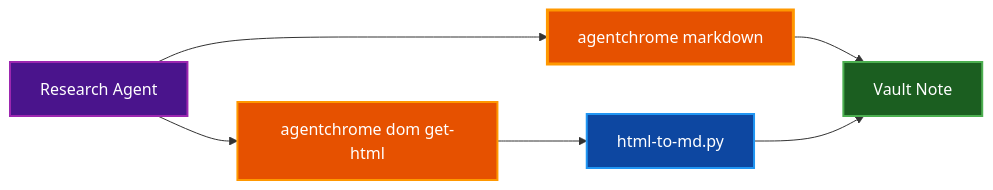
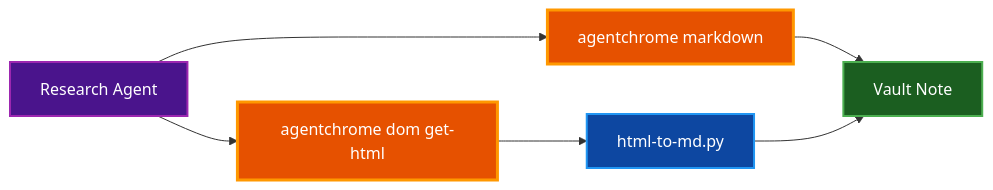
One commit to paulrobello/parsidion changed the diagram in docs/AGENTCHROME.md. Above: the diagram before and after it, drawn with Mermaid. The commit also changed other lines of this file and 10 other files, not shown here.

````diff
--- a/docs/AGENTCHROME.md
+++ b/docs/AGENTCHROME.md
@@ -32,20 +32,25 @@
 ```mermaid
 graph LR
     Agent[Research Agent]
     MD[agentchrome markdown]
     AC[agentchrome dom get-html]
     H2M[html-to-md.py]
     Vault[Vault Note]
 
     Agent --> MD
     MD --> Vault
     Agent --> AC
     AC --> H2M
     H2M --> Vault
 
-    style Agent fill:#4a148c,stroke:#9c27b0,stroke-width:2px,color:#ffffff
-    style MD fill:#e65100,stroke:#ff9800,stroke-width:3px,color:#ffffff
-    style AC fill:#e65100,stroke:#ff9800,stroke-width:2px,color:#ffffff
-    style H2M fill:#0d47a1,stroke:#2196f3,stroke-width:2px,color:#ffffff
-    style Vault fill:#1b5e20,stroke:#4caf50,stroke-width:2px,color:#ffffff
+    class Agent external
+    class MD primary
+    class AC primary
+    class H2M data
+    class Vault active
+
+    classDef primary fill:#e65100,stroke:#ff9800,stroke-width:3px,color:#ffffff
+    classDef active fill:#1b5e20,stroke:#4caf50,stroke-width:2px,color:#ffffff
+    classDef data fill:#0d47a1,stroke:#2196f3,stroke-width:2px,color:#ffffff
+    classDef external fill:#4a148c,stroke:#9c27b0,stroke-width:2px,color:#ffffff
 ```
````
